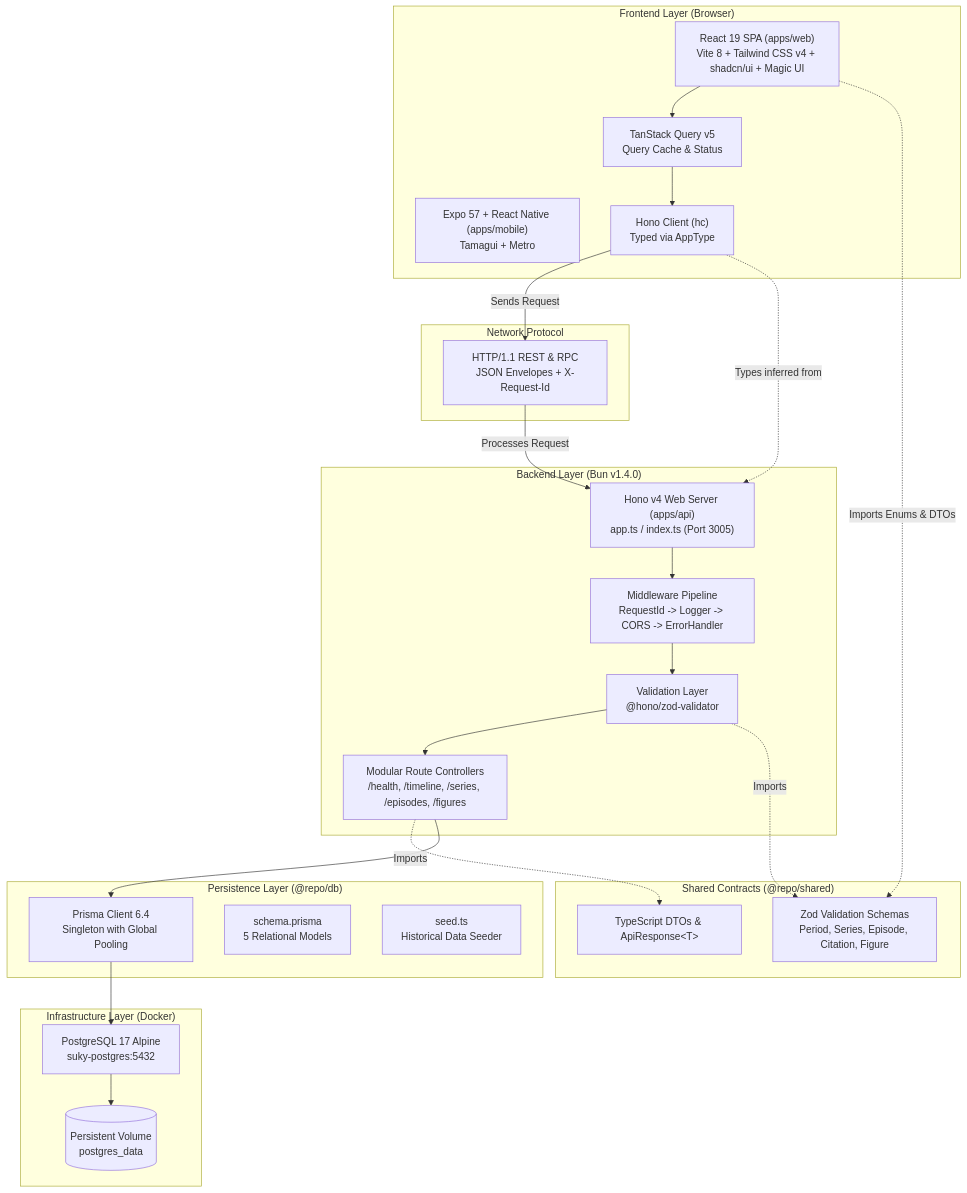
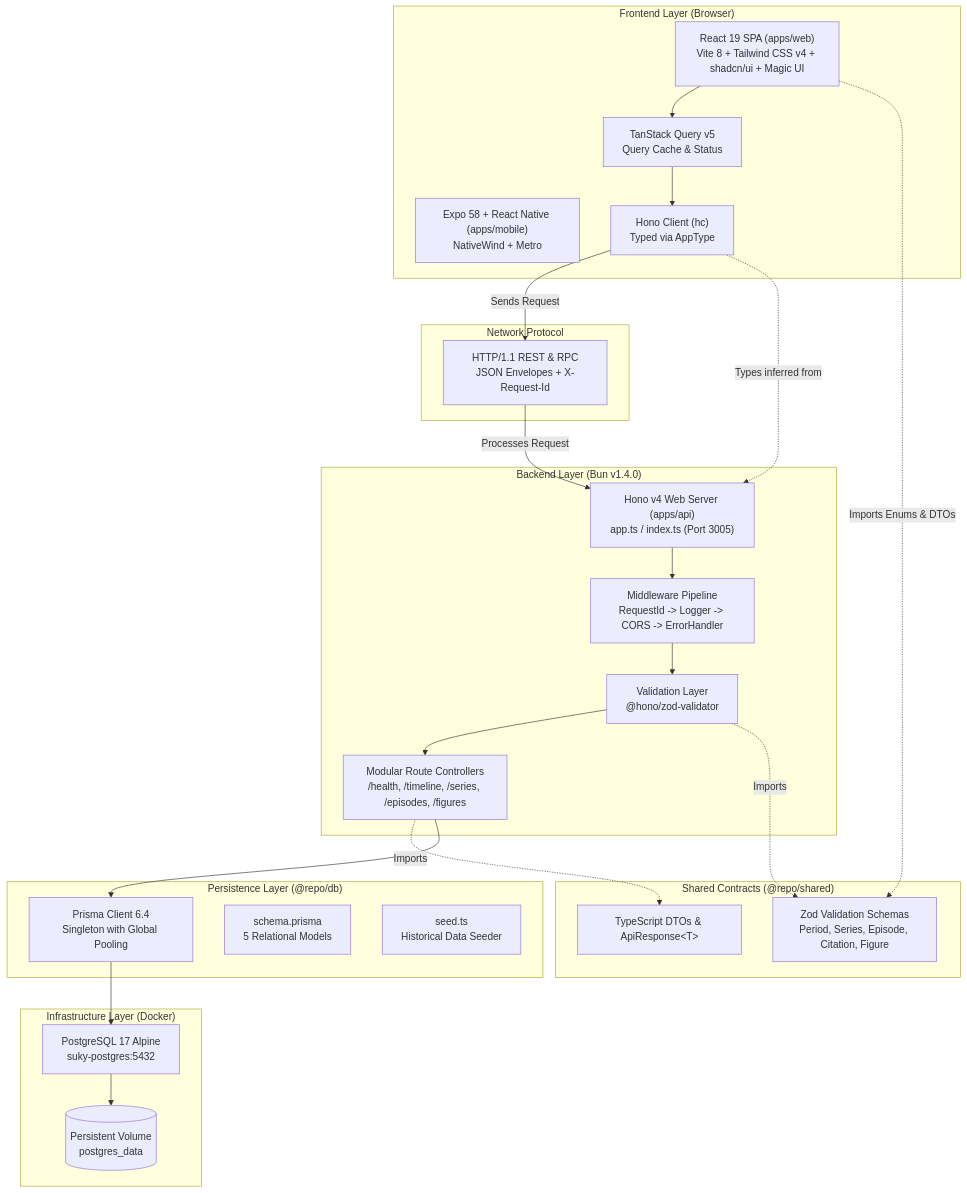
One commit to SU-KY-001/su-ky-project changed the first of 2 diagrams in docs/system-architecture.md. Above: the diagram before and after it, drawn with Mermaid. The commit also changed other lines of this file and 113 other files, not shown here.

````diff
--- a/docs/system-architecture.md
+++ b/docs/system-architecture.md
@@ -28,56 +28,56 @@
 ```mermaid
 graph TD
     subgraph Client ["Frontend Layer (Browser)"]
         UI["React 19 SPA (apps/web)<br/>Vite 8 + Tailwind CSS v4 + shadcn/ui + Magic UI"]
-        MOBILE["Expo 57 + React Native (apps/mobile)<br/>Tamagui + Metro"]
+        MOBILE["Expo 58 + React Native (apps/mobile)<br/>NativeWind + Metro"]
         TQ["TanStack Query v5<br/>Query Cache & Status"]
         RPC_CLIENT["Hono Client (hc)<br/>Typed via AppType"]
     end
 
     subgraph Transport ["Network Protocol"]
         HTTP["HTTP/1.1 REST & RPC<br/>JSON Envelopes + X-Request-Id"]
     end
 
     subgraph Server ["Backend Layer (Bun v1.4.0)"]
         HONO["Hono v4 Web Server (apps/api)<br/>app.ts / index.ts (Port 3005)"]
         MW["Middleware Pipeline<br/>RequestId -> Logger -> CORS -> ErrorHandler"]
         VAL["Validation Layer<br/>@hono/zod-validator"]
         ROUTES["Modular Route Controllers<br/>/health, /timeline, /series, /episodes, /figures"]
     end
 
     subgraph Shared ["Shared Contracts (@repo/shared)"]
         SCHEMAS["Zod Validation Schemas<br/>Period, Series, Episode, Citation, Figure"]
         DTOS["TypeScript DTOs & ApiResponse&lt;T&gt;"]
     end
 
     subgraph Data ["Persistence Layer (@repo/db)"]
         PRISMA["Prisma Client 6.4<br/>Singleton with Global Pooling"]
         SCHEMA_PRISMA["schema.prisma<br/>5 Relational Models"]
         SEED["seed.ts<br/>Historical Data Seeder"]
     end
 
     subgraph Infra ["Infrastructure Layer (Docker)"]
         PG["PostgreSQL 17 Alpine<br/>suky-postgres:5432"]
         VOL[("Persistent Volume<br/>postgres_data")]
     end
 
     %% Relationships
     UI --> TQ
     TQ --> RPC_CLIENT
     RPC_CLIENT -- "Sends Request" --> HTTP
     HTTP -- "Processes Request" --> HONO
 
     HONO --> MW
     MW --> VAL
     VAL --> ROUTES
 
     VAL -. "Imports" .-> SCHEMAS
     ROUTES -. "Imports" .-> DTOS
     ROUTES --> PRISMA
 
     PRISMA --> PG
     PG --> VOL
 
     RPC_CLIENT -. "Types inferred from" .-> HONO
     UI -. "Imports Enums & DTOs" .-> SCHEMAS
 ```
````
